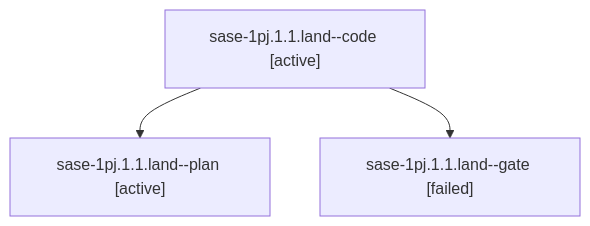
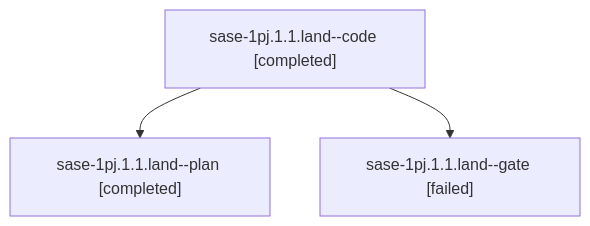
One commit to sase-org/sase--agents changed the diagram in sessions/bbugyi200.athena.sase-1pj.1.1.land.md. Above: the diagram before and after it, drawn with Mermaid. The commit also changed other lines of this file and 143 other files, not shown here.

````diff
--- a/sessions/bbugyi200.athena.sase-1pj.1.1.land.md
+++ b/sessions/bbugyi200.athena.sase-1pj.1.1.land.md
@@ -9,8 +9,8 @@
 ```mermaid
 flowchart TD
-  n0["sase-1pj.1.1.land--code [active]"]
-  n1["sase-1pj.1.1.land--plan [active]"]
+  n0["sase-1pj.1.1.land--code [completed]"]
+  n1["sase-1pj.1.1.land--plan [completed]"]
   n0 --> n1
   n2["sase-1pj.1.1.land--gate [failed]"]
   n0 --> n2
 ```
````
